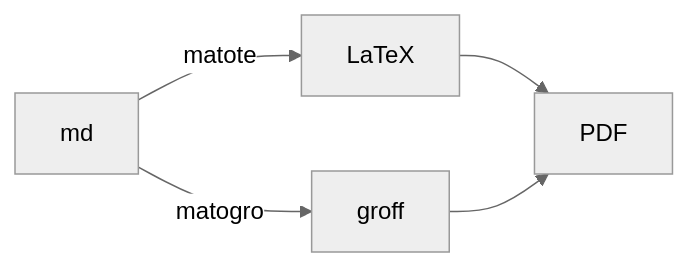
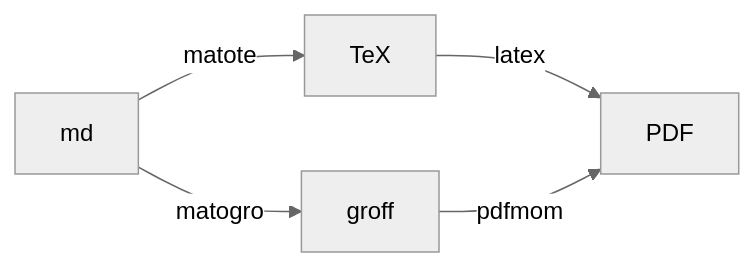
Before and after one commit to sschober/mato: the second of 3 diagrams in README.md, drawn with Mermaid (neutral theme).

Commit message:
make process clearer in README

````diff
--- a/README.md
+++ b/README.md
@@ -14,5 +14,5 @@
 ```mermaid
 graph LR
-md -- matote --> LaTeX --> PDF
-md -- matogro --> groff --> PDF
+md -- matote --> TeX -- latex --> PDF
+md -- matogro --> groff -- pdfmom --> PDF
 ```
````
